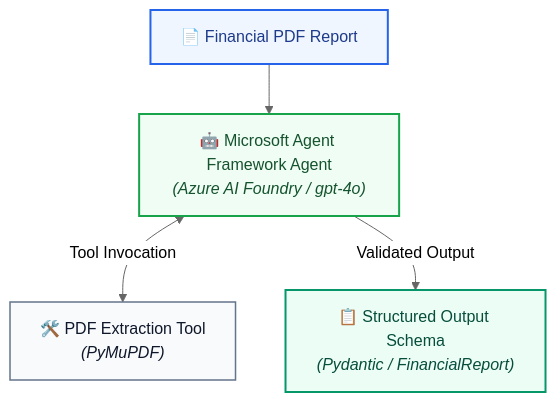
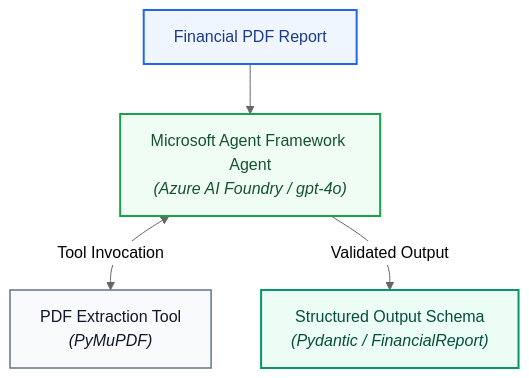
One commit to crman/fin-extractor-agent changed the diagram in README.md. Above: the diagram before and after it, drawn with Mermaid (neutral theme). The commit also changed other lines of this file and 15 other files, not shown here.

````diff
--- a/README.md
+++ b/README.md
@@ -9,16 +9,16 @@
 ```mermaid
 flowchart TD
-    PDF["📄 Financial PDF Report"] --> MAF["🤖 Microsoft Agent Framework Agent<br><i>(Azure AI Foundry / gpt-4o)</i>"]
-    MAF <-->|Tool Invocation| Tool["🛠️ PDF Extraction Tool<br><i>(PyMuPDF)</i>"]
-    MAF -->|Validated Output| JSON["📋 Structured Output Schema<br><i>(Pydantic / FinancialReport)</i>"]
+    PDF["Financial PDF Report"] --> MAF["Microsoft Agent Framework Agent<br><i>(Azure AI Foundry / gpt-4o)</i>"]
+    MAF <-->|Tool Invocation| Tool["PDF Extraction Tool<br><i>(PyMuPDF)</i>"]
+    MAF -->|Validated Output| JSON["Structured Output Schema<br><i>(Pydantic / FinancialReport)</i>"]
 
     classDef default fill:#f8fafc,stroke:#64748b,stroke-width:1.5px,color:#0f172a;
     classDef agent fill:#f0fdf4,stroke:#16a34a,stroke-width:2px,color:#14532d;
     classDef output fill:#ecfdf5,stroke:#059669,stroke-width:2px,color:#064e3b;
     classDef input fill:#eff6ff,stroke:#2563eb,stroke-width:2px,color:#1e3a8a;
 
     class PDF input;
     class MAF agent;
     class Tool default;
     class JSON output;
 ```
````
